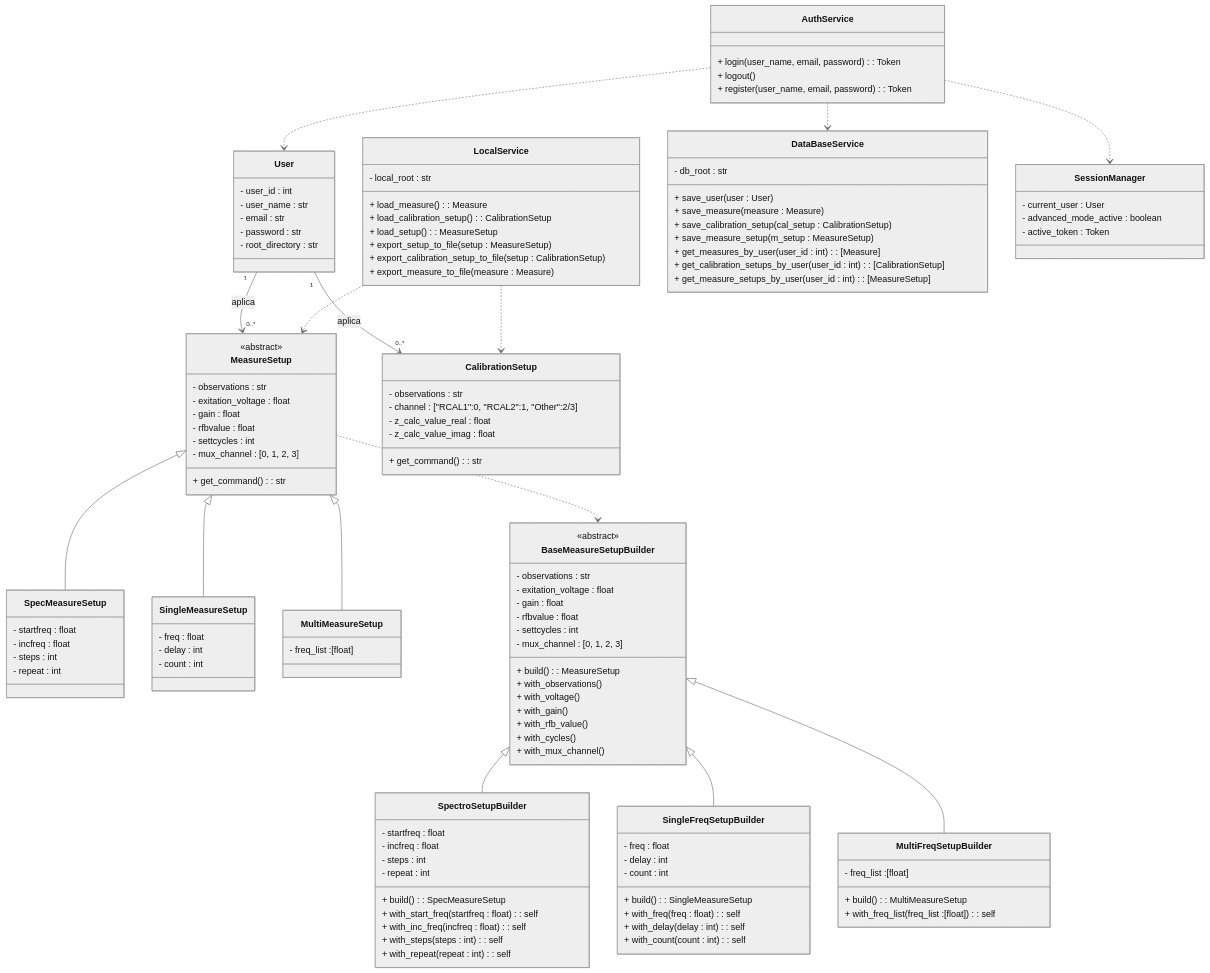
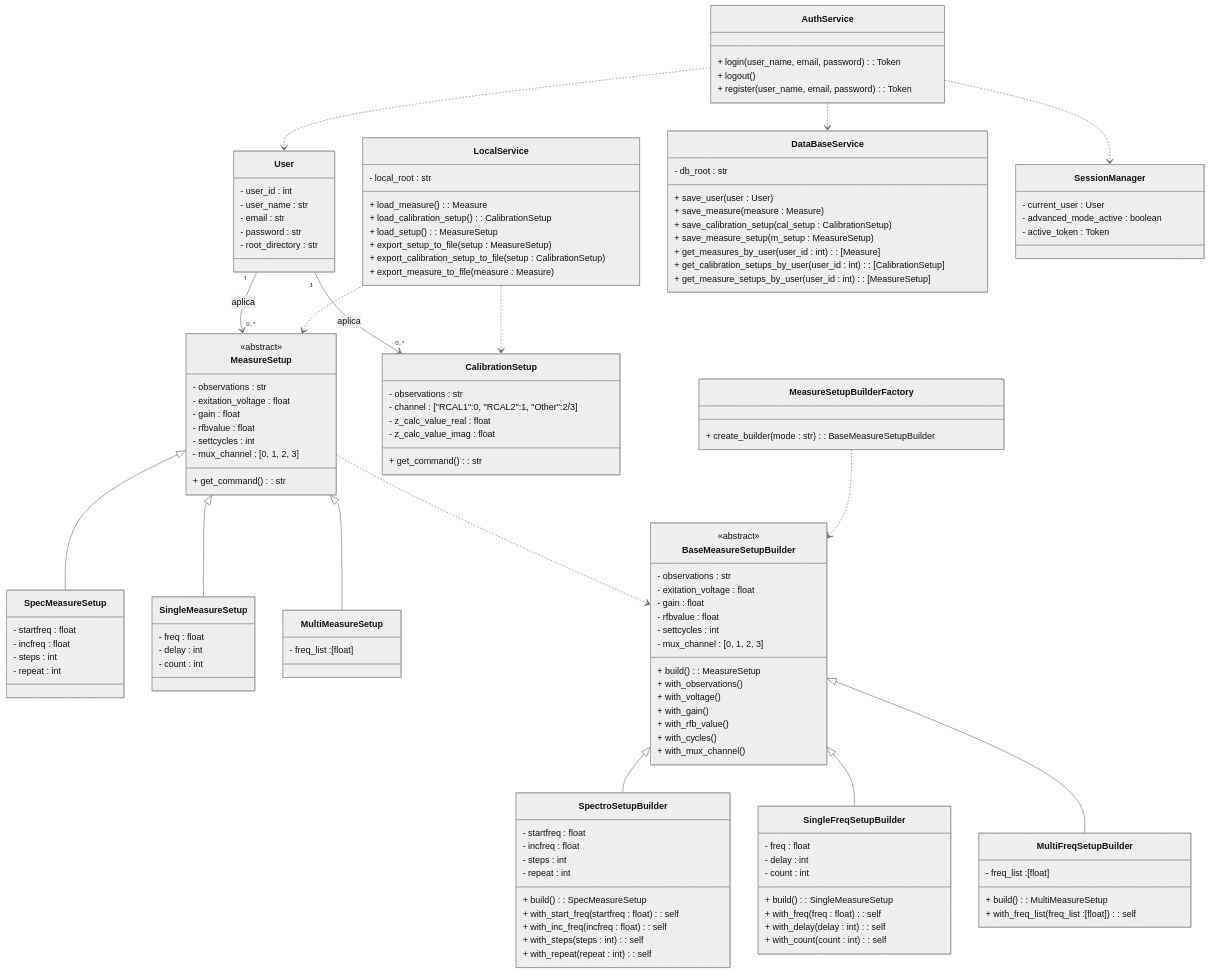
The fifth of 6 diagrams in Gmini-MarkDown/Diagramas/Clases Conceptuales.md (alegrelias/Repo-GMini), drawn with Mermaid (neutral theme) before and after one commit. The commit also changed other lines of this file, not shown here.

Commit message:
Se modifica diagrama de clases

````diff
--- a/Gmini-MarkDown/Diagramas/Clases Conceptuales.md
+++ b/Gmini-MarkDown/Diagramas/Clases Conceptuales.md
@@ -734,6 +757,11 @@
 	+ with_freq_list(freq_list :[float]) : self
 }
 
+%% factory method 
+class MeasureSetupBuilderFactory{ 
+	+ create_builder(mode : str) : BaseMeasureSetupBuilder 
+} 
+
 %% relaciones
 User "1"-->"0..*" MeasureSetup : aplica
 User "1"-->"0..*" CalibrationSetup : aplica
@@ -746,4 +774,6 @@
 
 LocalService ..> CalibrationSetup
 LocalService ..> MeasureSetup
+
+MeasureSetupBuilderFactory ..> BaseMeasureSetupBuilder
 ```
````
